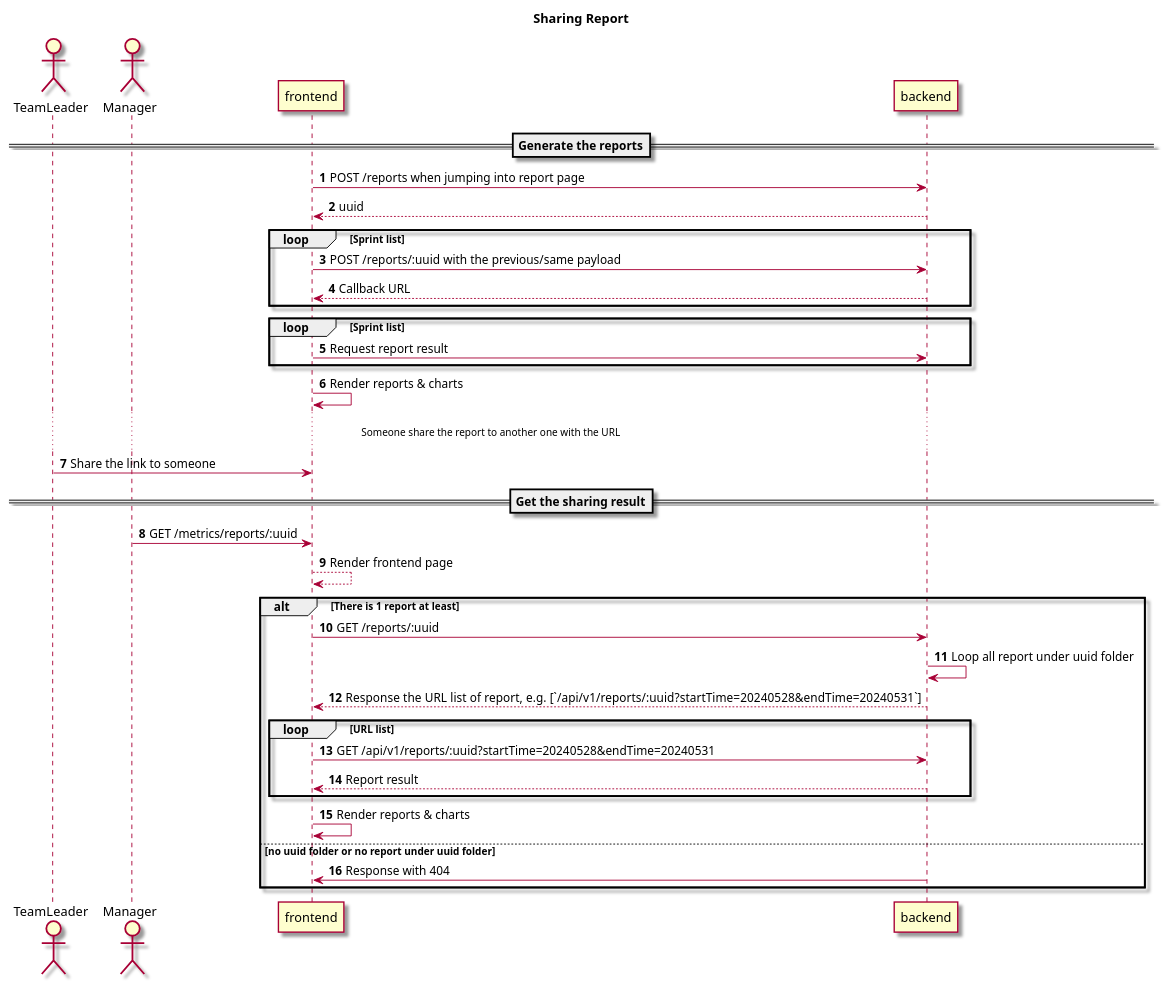
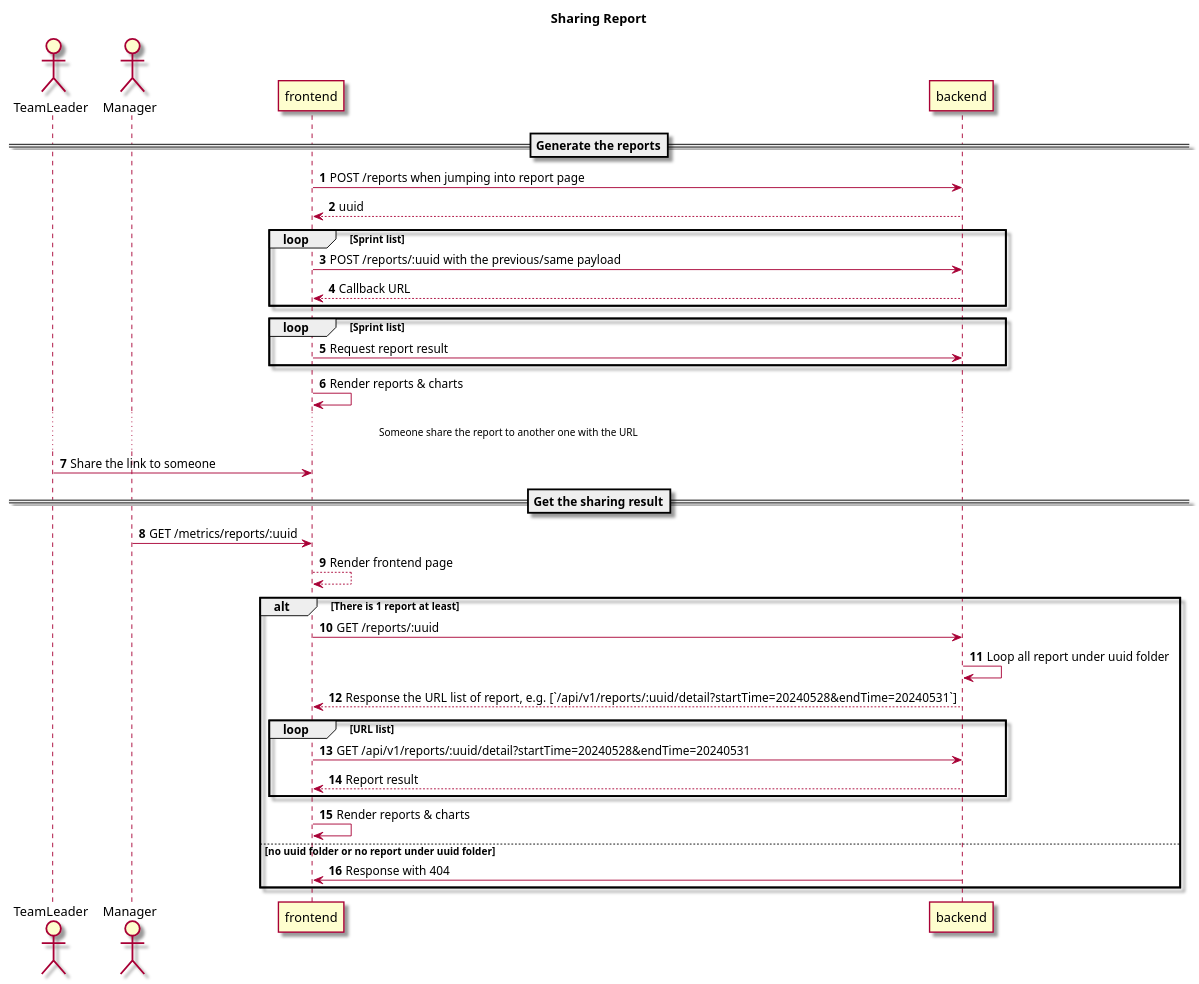
One commit to davidwangcn9/Heartbeat changed the diagram in docs/src/content/docs/en/spikes/tech-spikes-sharing-report.mdx. Above: the diagram before and after it, drawn with PlantUML. The commit also changed 84 other files, not shown here.

First line of the commit message:
ADM-973 [frontend][backend]: share api (#1509)

````diff
--- a/docs/src/content/docs/en/spikes/tech-spikes-sharing-report.mdx
+++ b/docs/src/content/docs/en/spikes/tech-spikes-sharing-report.mdx
@@ -30,44 +30,44 @@
 ```plantuml
 @startuml
 skin rose
 autonumber
 title Sharing Report
 
 actor       TeamLeader       as TeamLeader
 actor       Manager       as Manager
 participant frontend as frontend
 participant backend as backend
 
 ==Generate the reports==
 frontend -> backend: POST /reports when jumping into report page
 backend --> frontend: uuid
 loop Sprint list
   frontend -> backend: POST /reports/:uuid with the previous/same payload
   backend --> frontend: Callback URL
 end
 
 loop Sprint list
   frontend -> backend: Request report result
 end
 
 frontend -> frontend: Render reports & charts
 ...Someone share the report to another one with the URL...
 TeamLeader -> frontend: Share the link to someone
 ==Get the sharing result==
 Manager -> frontend: GET /metrics/reports/:uuid
 frontend --> frontend: Render frontend page
 alt There is 1 report at least
   frontend -> backend: GET /reports/:uuid
   backend-> backend: Loop all report under uuid folder
-  backend --> frontend: Response the URL list of report, e.g.   [`/api/v1/reports/:uuid?startTime=20240528&endTime=20240531`]
+  backend --> frontend: Response the URL list of report, e.g.   [`/api/v1/reports/:uuid/detail?startTime=20240528&endTime=20240531`]
   loop URL list
-    frontend-> backend: GET /api/v1/reports/:uuid?startTime=20240528&endTime=20240531
+    frontend-> backend: GET /api/v1/reports/:uuid/detail?startTime=20240528&endTime=20240531
     backend --> frontend: Report result
   end
   frontend -> frontend: Render reports & charts
 else no uuid folder or no report under uuid folder
   backend-> frontend: Response with 404
 end
 
 @enduml
 ```
````
